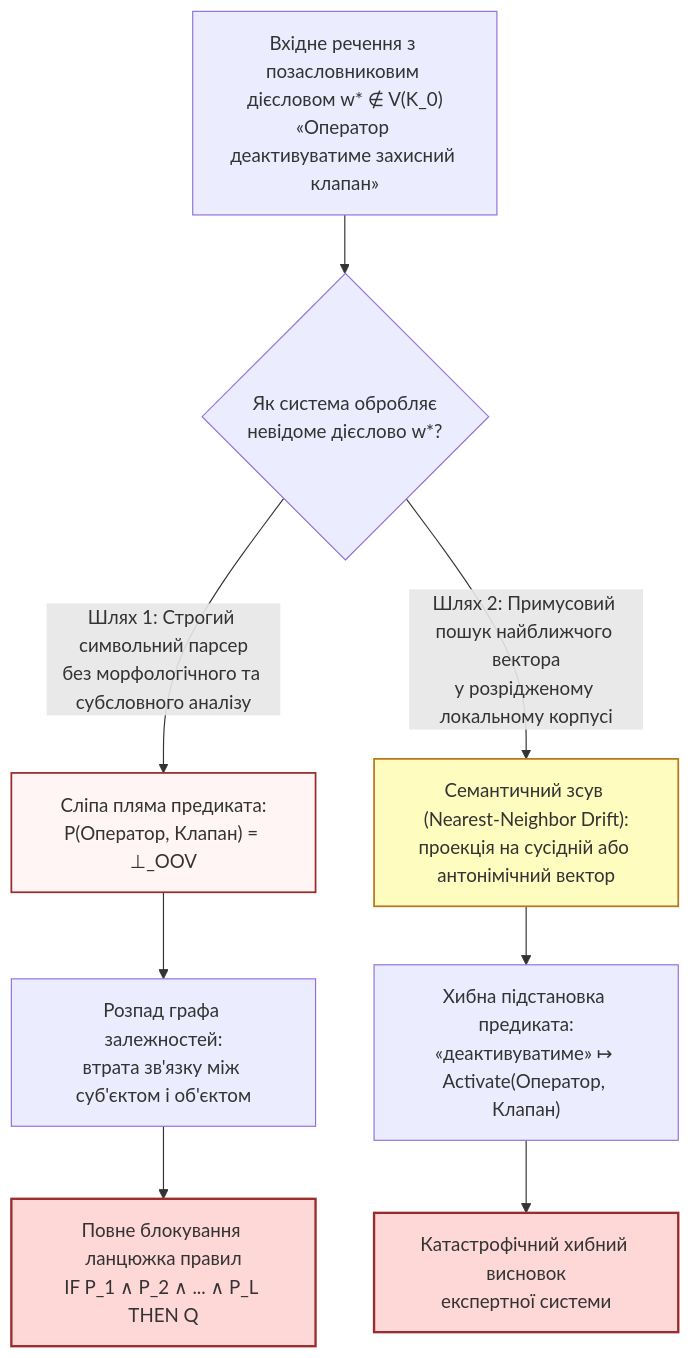
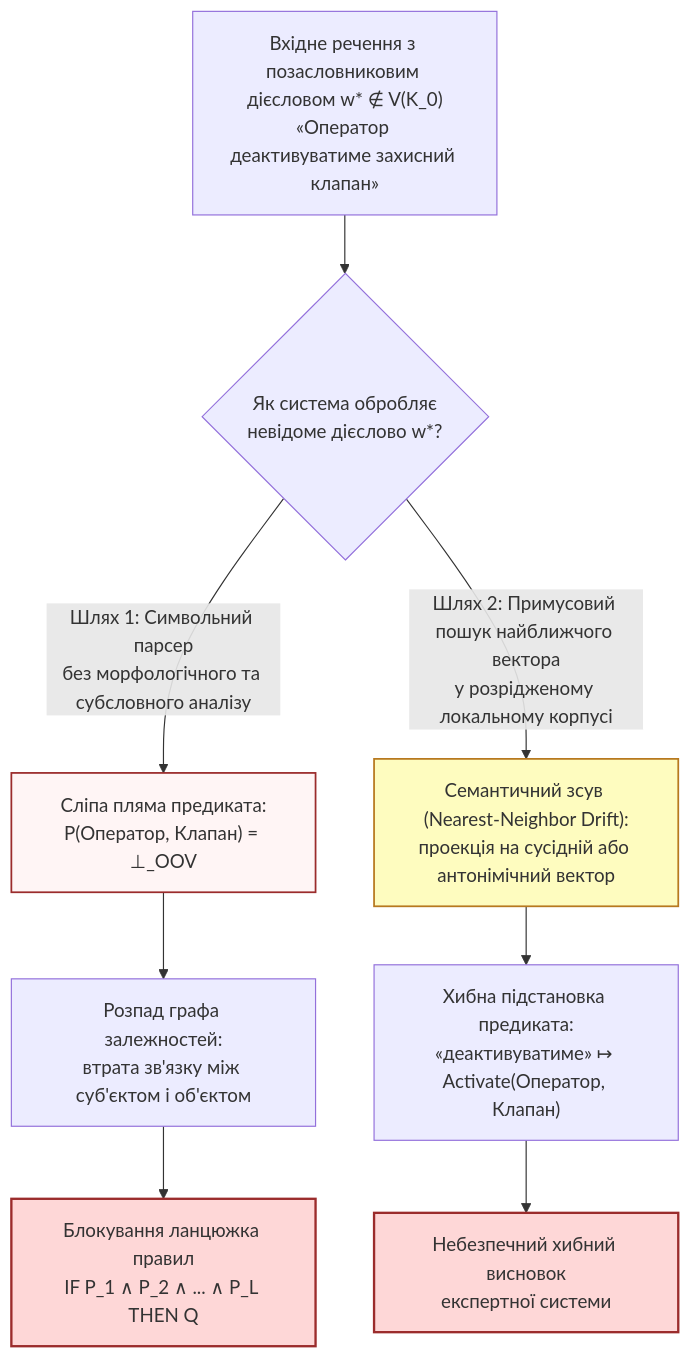
Before and after one commit to nick-fedchik/articles: the diagram in Isolated_Expert_Systems/ch02-oov-catastrophe-logic-collapse-and-semantic-drift.md, drawn with Mermaid. The commit also changed other lines of this file and 7 other files, not shown here.

````diff
--- a/Isolated_Expert_Systems/ch02-oov-catastrophe-logic-collapse-and-semantic-drift.md
+++ b/Isolated_Expert_Systems/ch02-oov-catastrophe-logic-collapse-and-semantic-drift.md
@@ -24,17 +26,17 @@
 ```mermaid
 flowchart TD
     Input["Вхідне речення з позасловниковим дієсловом w* ∉ V(K_0)<br/>«Оператор деактивуватиме захисний клапан»"] --> Fork{"Як система обробляє<br/>невідоме дієслово w*?"}
 
-    Fork -->|"Шлях 1: Строгий символьний парсер<br/>без морфологічного та субсловного аналізу"| SymFail["Сліпа пляма предиката:<br/>P(Оператор, Клапан) = ⊥_OOV"]
+    Fork -->|"Шлях 1: Символьний парсер<br/>без морфологічного та субсловного аналізу"| SymFail["Сліпа пляма предиката:<br/>P(Оператор, Клапан) = ⊥_OOV"]
     SymFail --> GraphBreak["Розпад графа залежностей:<br/>втрата зв'язку між суб'єктом і об'єктом"]
-    GraphBreak --> ChainCollapse["Повне блокування ланцюжка правил<br/>IF P_1 ∧ P_2 ∧ ... ∧ P_L THEN Q"]
+    GraphBreak --> ChainCollapse["Блокування ланцюжка правил<br/>IF P_1 ∧ P_2 ∧ ... ∧ P_L THEN Q"]
 
     Fork -->|"Шлях 2: Примусовий пошук найближчого вектора<br/>у розрідженому локальному корпусі"| VecShift["Семантичний зсув (Nearest-Neighbor Drift):<br/>проекція на сусідній або антонімічний вектор"]
     VecShift --> Hallucination["Хибна підстановка предиката:<br/>«деактивуватиме» ↦ Activate(Оператор, Клапан)"]
-    Hallucination --> Hazard["Катастрофічний хибний висновок<br/>експертної системи"]
+    Hallucination --> Hazard["Небезпечний хибний висновок<br/>експертної системи"]
 
     style SymFail fill:#fff5f5,stroke:#9b2c2c,stroke-width:1.5px
     style ChainCollapse fill:#fed7d7,stroke:#9b2c2c,stroke-width:2px
     style VecShift fill:#fefcbf,stroke:#b7791f,stroke-width:1.5px
     style Hazard fill:#fed7d7,stroke:#9b2c2c,stroke-width:2px
 ```
````
